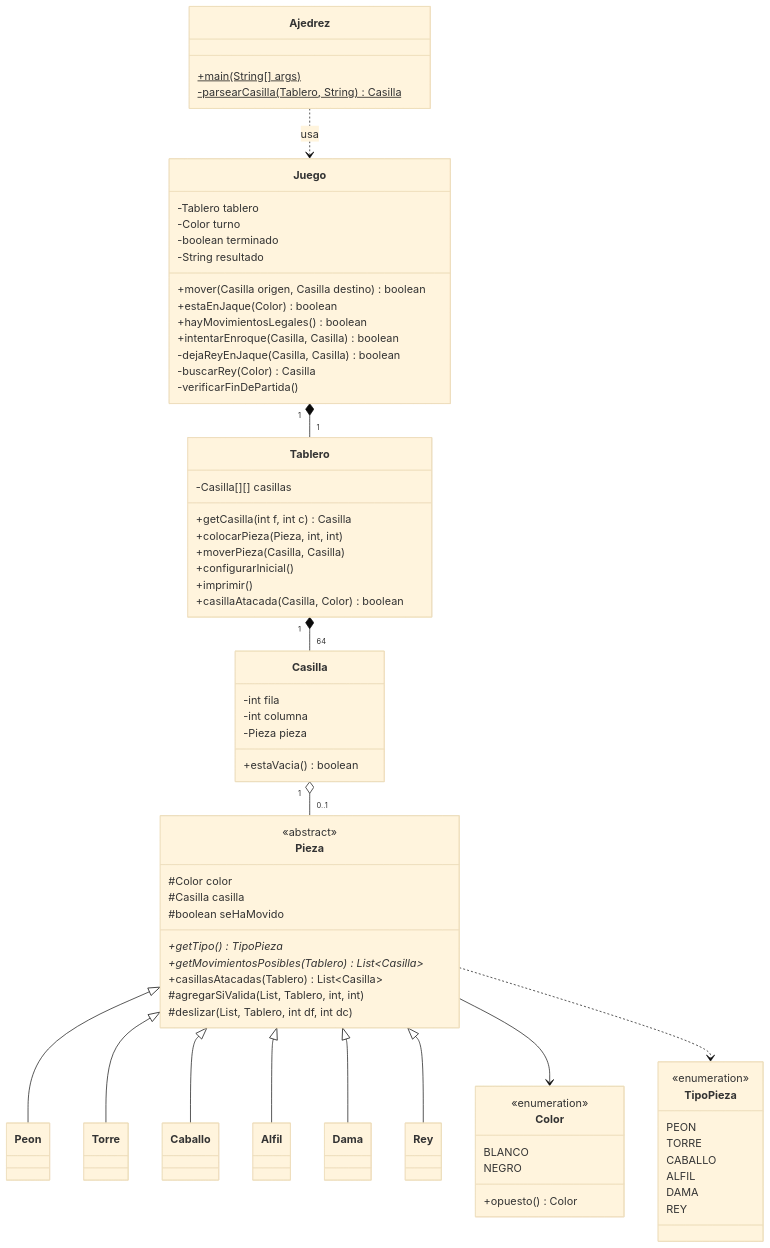
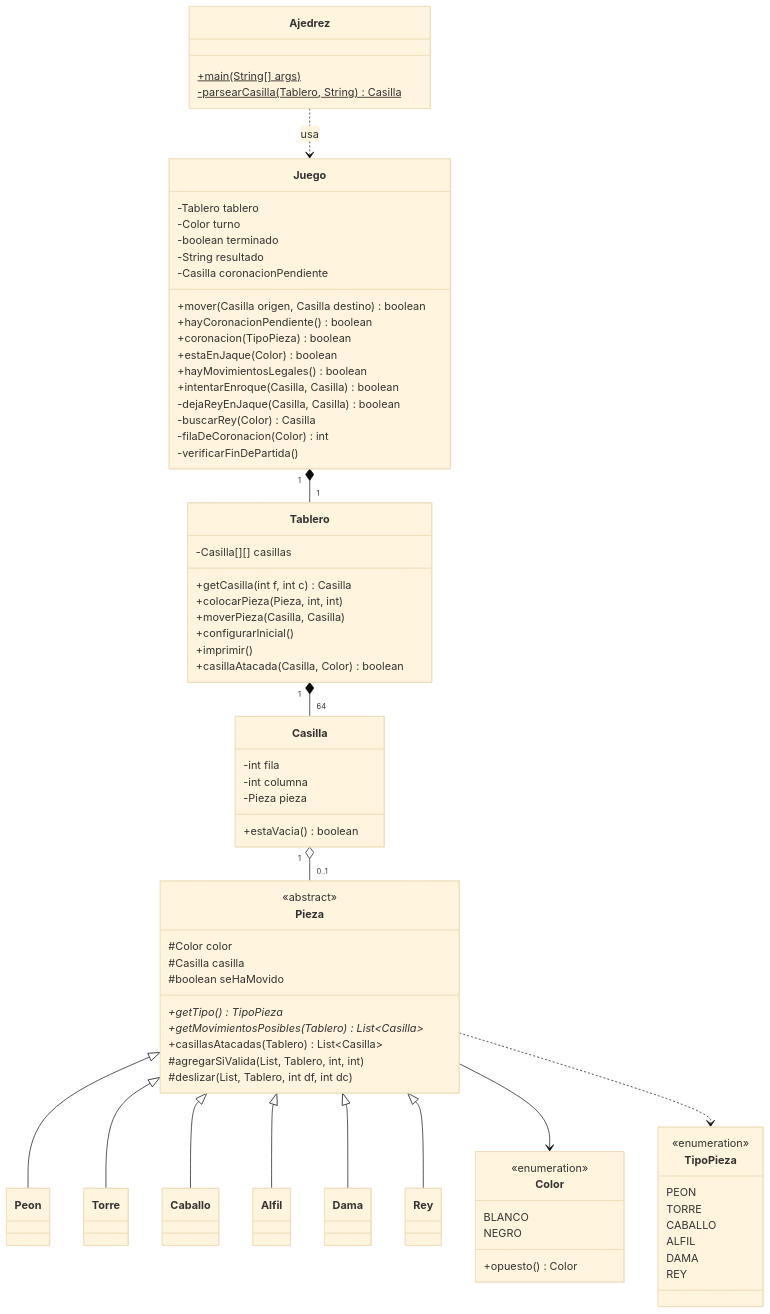
Before and after one commit to santiagosuarezalf/ajedrez-dpoo: the diagram in AVANCE.md, drawn with Mermaid (base theme). The commit also changed other lines of this file and 3 other files, not shown here.

```diff
--- a/AVANCE.md
+++ b/AVANCE.md
@@ -48,12 +48,16 @@
         -Color turno
         -boolean terminado
         -String resultado
+        -Casilla coronacionPendiente
         +mover(Casilla origen, Casilla destino) boolean
+        +hayCoronacionPendiente() boolean
+        +coronacion(TipoPieza) boolean
         +estaEnJaque(Color) boolean
         +hayMovimientosLegales() boolean
         +intentarEnroque(Casilla, Casilla) boolean
         -dejaReyEnJaque(Casilla, Casilla) boolean
         -buscarRey(Color) Casilla
+        -filaDeCoronacion(Color) int
         -verificarFinDePartida()
     }
 
```
